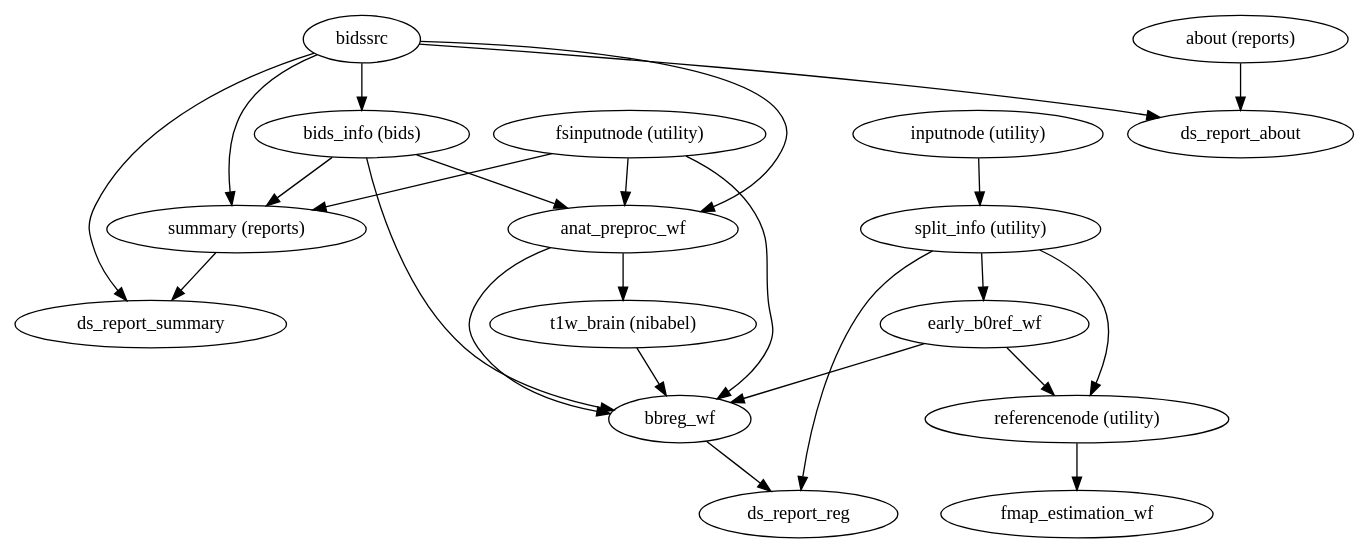
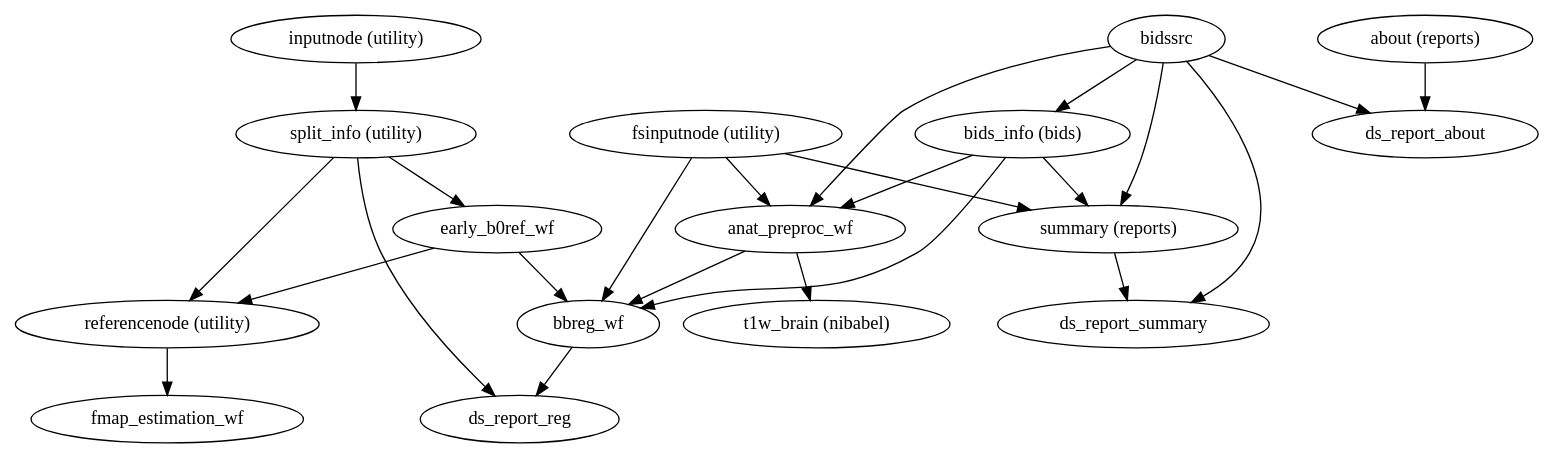
The diagram in 0.3.0/wf_directive/api/single_subject_THP0005_wf/dmriprep-workflows-base-2.dot (nipreps/dmriprep), drawn with Graphviz before and after one commit. The commit also changed 283 other files, not shown here.

```diff
--- a/0.3.0/wf_directive/api/single_subject_THP0005_wf/dmriprep-workflows-base-2.dot
+++ b/0.3.0/wf_directive/api/single_subject_THP0005_wf/dmriprep-workflows-base-2.dot
@@ -1,42 +1,41 @@
 strict digraph  {
 "fsinputnode (utility)";
 anat_preproc_wf;
 "summary (reports)";
 bbreg_wf;
 "t1w_brain (nibabel)";
 bidssrc;
 "bids_info (bids)";
 ds_report_summary;
 ds_report_about;
 "about (reports)";
 "inputnode (utility)";
 "split_info (utility)";
 early_b0ref_wf;
 "referencenode (utility)";
 ds_report_reg;
 fmap_estimation_wf;
 "fsinputnode (utility)" -> anat_preproc_wf;
 "fsinputnode (utility)" -> "summary (reports)";
 "fsinputnode (utility)" -> bbreg_wf;
 anat_preproc_wf -> "t1w_brain (nibabel)";
 anat_preproc_wf -> bbreg_wf;
 "summary (reports)" -> ds_report_summary;
 bbreg_wf -> ds_report_reg;
-"t1w_brain (nibabel)" -> bbreg_wf;
 bidssrc -> "bids_info (bids)";
 bidssrc -> "summary (reports)";
 bidssrc -> anat_preproc_wf;
 bidssrc -> ds_report_summary;
 bidssrc -> ds_report_about;
 "bids_info (bids)" -> "summary (reports)";
 "bids_info (bids)" -> anat_preproc_wf;
 "bids_info (bids)" -> bbreg_wf;
 "about (reports)" -> ds_report_about;
 "inputnode (utility)" -> "split_info (utility)";
 "split_info (utility)" -> early_b0ref_wf;
 "split_info (utility)" -> "referencenode (utility)";
 "split_info (utility)" -> ds_report_reg;
 early_b0ref_wf -> "referencenode (utility)";
 early_b0ref_wf -> bbreg_wf;
 "referencenode (utility)" -> fmap_estimation_wf;
 }
```
